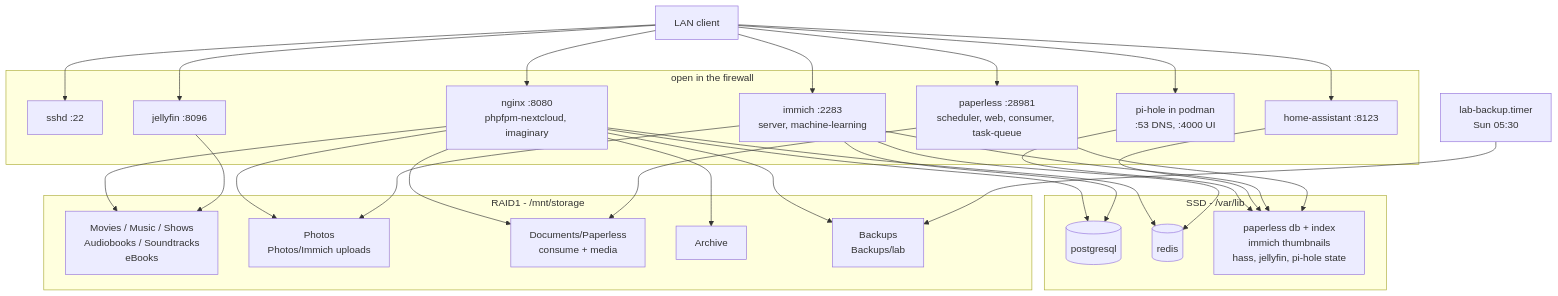
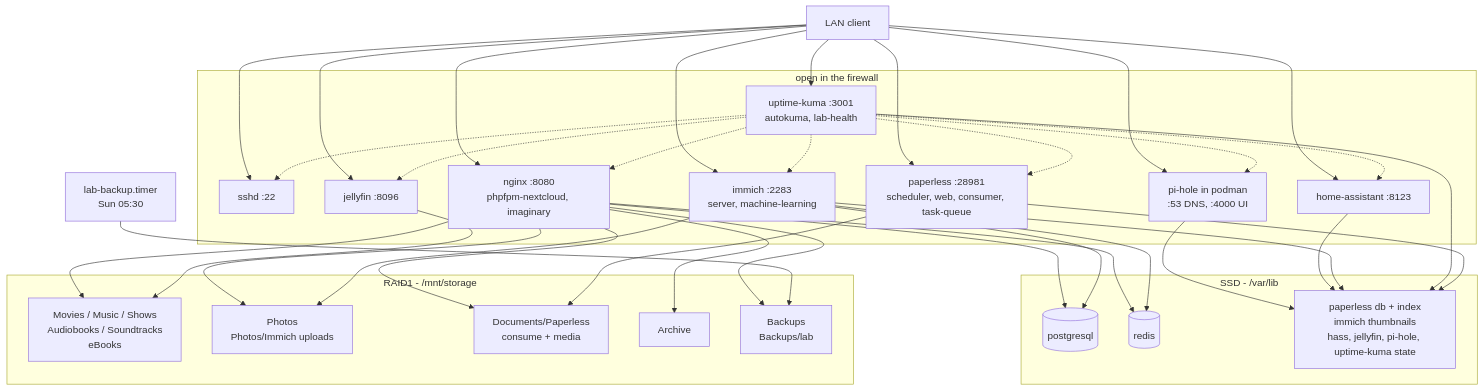
Before and after one commit to antonkesy/home-server: the second of 2 diagrams in README.md, drawn with Mermaid. The commit also changed other lines of this file and 8 other files, not shown here.

First line of the commit message:
add uptime kuma with declarative monitors

````diff
--- a/README.md
+++ b/README.md
@@ -48,41 +48,44 @@
 ```mermaid
 flowchart TD
   client["LAN client"]
 
   subgraph fw["open in the firewall"]
     ssh["sshd :22"]
     ph["pi-hole in podman<br>:53 DNS, :4000 UI"]
     has["home-assistant :8123"]
     ncb["nginx :8080<br>phpfpm-nextcloud, imaginary"]
     jfb["jellyfin :8096"]
     plb["paperless :28981<br>scheduler, web, consumer, task-queue"]
     imb["immich :2283<br>server, machine-learning"]
+    ukb["uptime-kuma :3001<br>autokuma, lab-health"]
   end
 
   subgraph ssdg["SSD - /var/lib"]
     pg[("postgresql")]
     rd[("redis")]
-    st["paperless db + index<br>immich thumbnails<br>hass, jellyfin, pi-hole state"]
+    st["paperless db + index<br>immich thumbnails<br>hass, jellyfin, pi-hole, uptime-kuma state"]
   end
 
   subgraph raid["RAID1 - /mnt/storage"]
     med["Movies / Music / Shows<br>Audiobooks / Soundtracks<br>eBooks"]
     pho["Photos<br>Photos/Immich uploads"]
     doc["Documents/Paperless<br>consume + media"]
     arc["Archive"]
     bak["Backups<br>Backups/lab"]
   end
 
   client --> ssh & ph & has
-  client --> ncb & jfb & plb & imb
+  client --> ncb & jfb & plb & imb & ukb
   ph --> st
   has --> st
   ncb --> pg & rd
   ncb --> med & pho & doc & arc & bak
   jfb --> med
   imb --> pg & rd & st
   imb --> pho
+  ukb --> st
+  ukb -.-> ssh & ph & has & ncb & jfb & plb & imb
   plb --> doc
   plb --> st
   tb["lab-backup.timer<br>Sun 05:30"] --> bak
 ```
````
